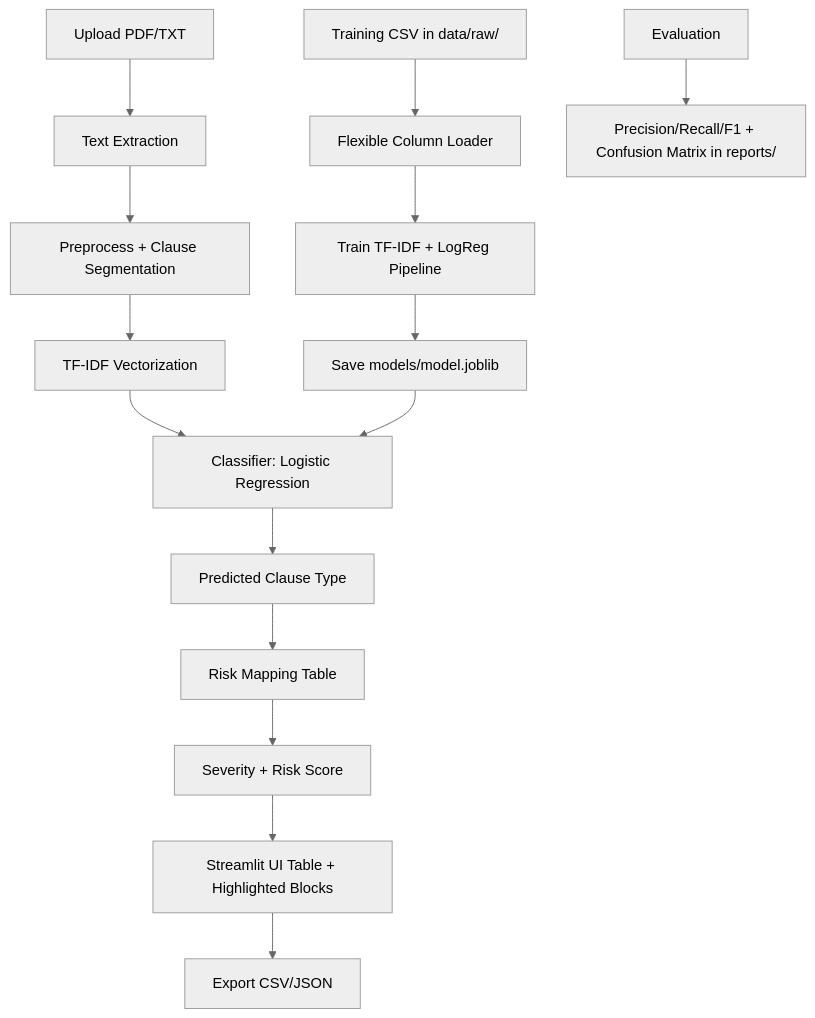
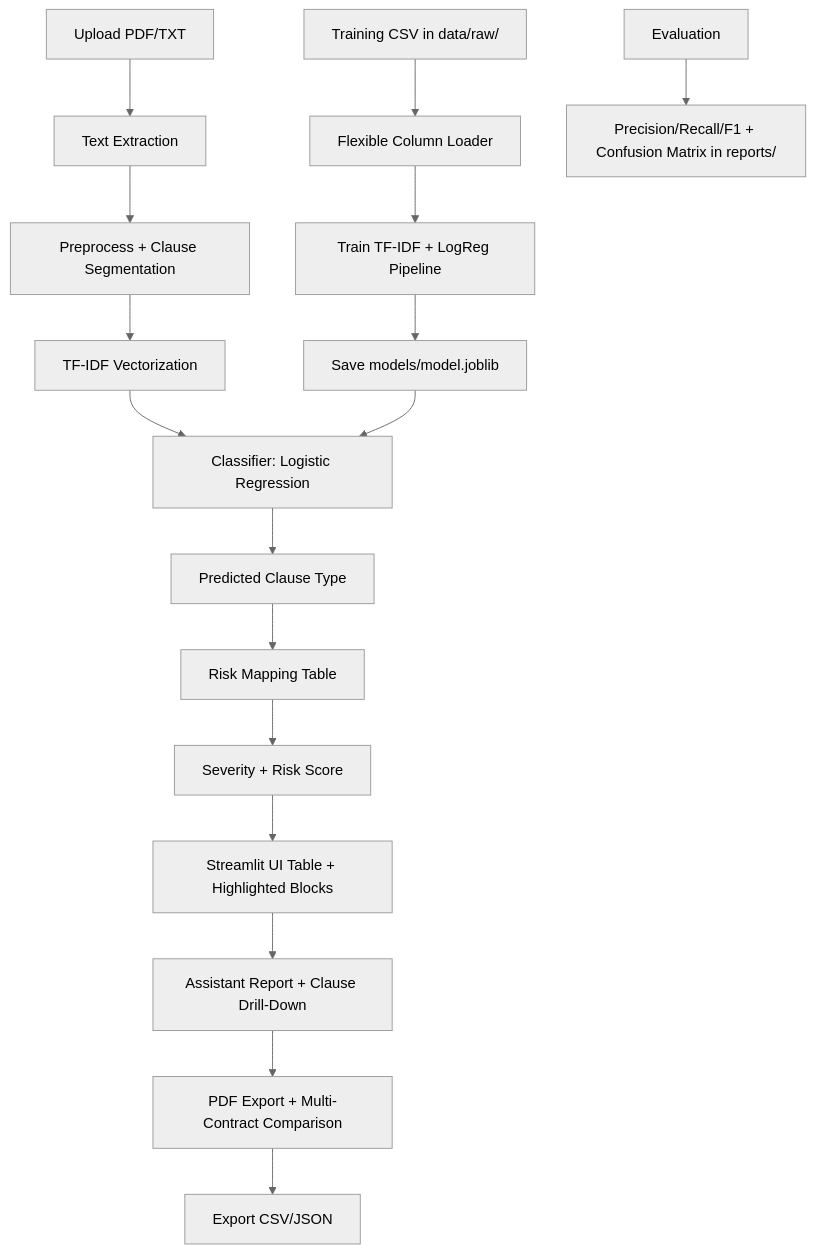
The diagram in README.md (DevaanshKathuria/DABB.ai), drawn with Mermaid (neutral theme) before and after one commit. The commit also changed other lines of this file and 3 other files, not shown here.

Commit message:
Add multi-contract comparison or risk-trend analysis

````diff
--- a/README.md
+++ b/README.md
@@ -50,19 +55,21 @@
 ```mermaid
 flowchart TD
     A[Upload PDF/TXT] --> B[Text Extraction]
     B --> C[Preprocess + Clause Segmentation]
     C --> D[TF-IDF Vectorization]
     D --> E[Classifier: Logistic Regression]
     E --> F[Predicted Clause Type]
     F --> G[Risk Mapping Table]
     G --> H[Severity + Risk Score]
     H --> I[Streamlit UI Table + Highlighted Blocks]
-    I --> J[Export CSV/JSON]
+    I --> J[Assistant Report + Clause Drill-Down]
+    J --> K[PDF Export + Multi-Contract Comparison]
+    K --> L[Export CSV/JSON]
 
-    K[Training CSV in data/raw/] --> L[Flexible Column Loader]
-    L --> M[Train TF-IDF + LogReg Pipeline]
-    M --> N[Save models/model.joblib]
-    N --> E
+    M[Training CSV in data/raw/] --> N[Flexible Column Loader]
+    N --> O[Train TF-IDF + LogReg Pipeline]
+    O --> P[Save models/model.joblib]
+    P --> E
 
-    O[Evaluation] --> P[Precision/Recall/F1 + Confusion Matrix in reports/]
+    Q[Evaluation] --> R[Precision/Recall/F1 + Confusion Matrix in reports/]
 ```
````
